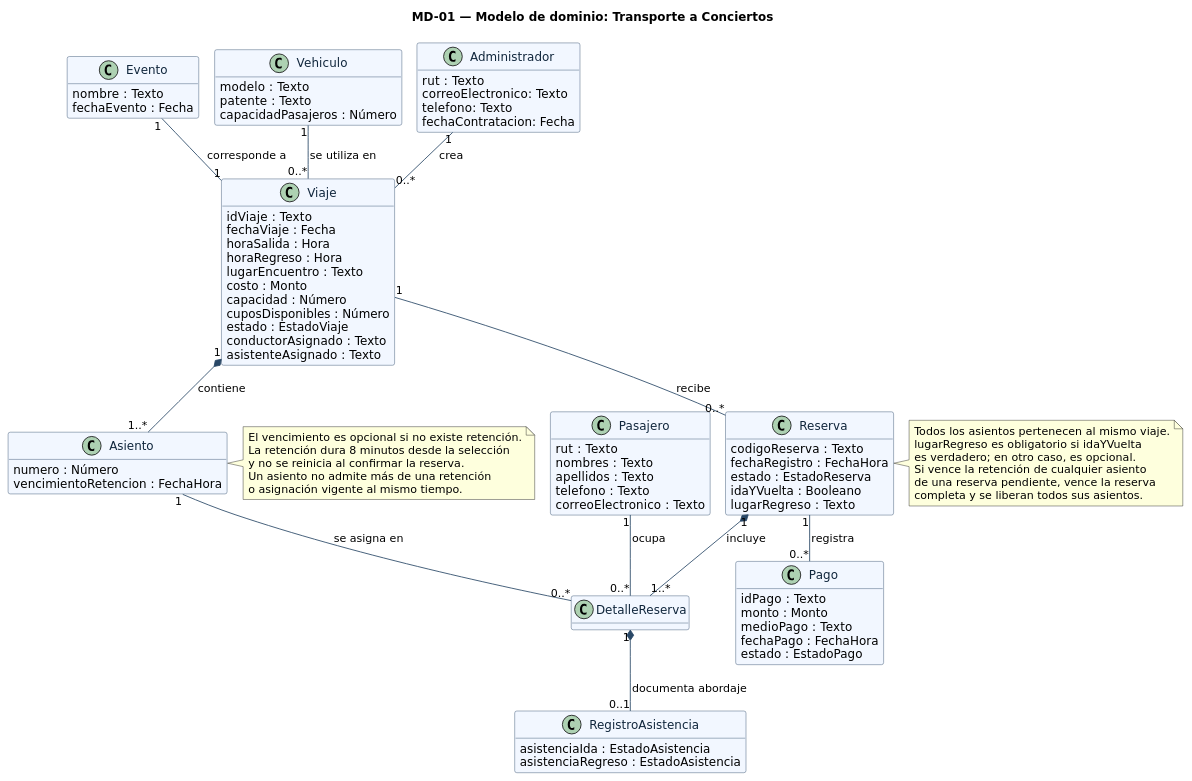
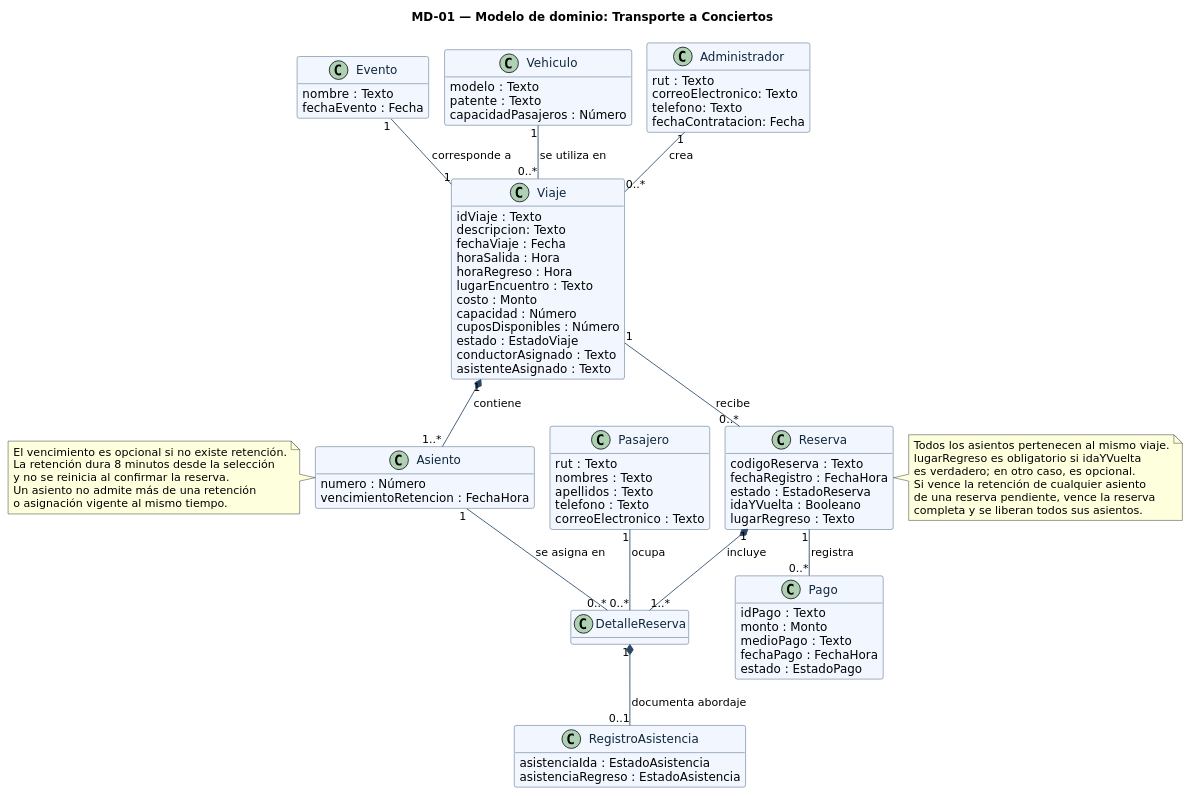
Before and after one commit to IngReqGrupo2/Proyecto_TransporteHaciaConcierto: the diagram in diagramas/modelo-dominio.puml, drawn with PlantUML. The commit also changed 20 other files, not shown here.

```diff
--- a/diagramas/modelo-dominio.puml
+++ b/diagramas/modelo-dominio.puml
@@ -1,101 +1,102 @@
 @startuml
 !pragma layout smetana
 title MD-01 — Modelo de dominio: Transporte a Conciertos
 skinparam backgroundColor #FFFFFF
 skinparam classAttributeIconSize 0
 skinparam shadowing false
 skinparam defaultFontName DejaVu Sans
 skinparam class {
   BackgroundColor #F2F7FF
   BorderColor #294766
   ArrowColor #294766
   FontColor #10263C
 }
 hide methods
 class Evento {
   nombre : Texto
   fechaEvento : Fecha
 }
 class Viaje {
   idViaje : Texto
+  descripcion: Texto
   fechaViaje : Fecha
   horaSalida : Hora
   horaRegreso : Hora
   lugarEncuentro : Texto
   costo : Monto
   capacidad : Número
   cuposDisponibles : Número
   estado : EstadoViaje
   conductorAsignado : Texto
   asistenteAsignado : Texto
 }
 class Asiento {
   numero : Número
   vencimientoRetencion : FechaHora
 }
 class Vehiculo {
   modelo : Texto
   patente : Texto
   capacidadPasajeros : Número
 }
 class Administrador{
   rut : Texto
   correoElectronico: Texto
   telefono: Texto
   fechaContratacion: Fecha
 }
 class Pasajero {
   rut : Texto
   nombres : Texto
   apellidos : Texto
   telefono : Texto
   correoElectronico : Texto
 }
 class Reserva {
   codigoReserva : Texto
   fechaRegistro : FechaHora
   estado : EstadoReserva
   idaYVuelta : Booleano
   lugarRegreso : Texto
 }
 class DetalleReserva {
 }
 class Pago {
   idPago : Texto
   monto : Monto
   medioPago : Texto
   fechaPago : FechaHora
   estado : EstadoPago
 }
 class RegistroAsistencia {
   asistenciaIda : EstadoAsistencia
   asistenciaRegreso : EstadoAsistencia
 }
 Evento "1" -- "1" Viaje : corresponde a
 Vehiculo "1" -- "0..*" Viaje : se utiliza en
 Viaje "1" *-- "1..*" Asiento : contiene
 Viaje "1" -- "0..*" Reserva : recibe
 Reserva "1" *-- "1..*" DetalleReserva : incluye
 Asiento "1" -- "0..*" DetalleReserva : se asigna en
 Pasajero "1" -- "0..*" DetalleReserva : ocupa
 Reserva "1" -- "0..*" Pago : registra
 DetalleReserva "1" *-- "0..1" RegistroAsistencia : documenta abordaje
 Administrador "1" -- "0..*" Viaje : crea
 
-note right of Asiento
+note left of Asiento
   El vencimiento es opcional si no existe retención.
   La retención dura 8 minutos desde la selección
   y no se reinicia al confirmar la reserva.
   Un asiento no admite más de una retención
   o asignación vigente al mismo tiempo.
 end note
 
 note right of Reserva
   Todos los asientos pertenecen al mismo viaje.
   lugarRegreso es obligatorio si idaYVuelta
   es verdadero; en otro caso, es opcional.
   Si vence la retención de cualquier asiento
   de una reserva pendiente, vence la reserva
   completa y se liberan todos sus asientos.
 end note
 @enduml
```
